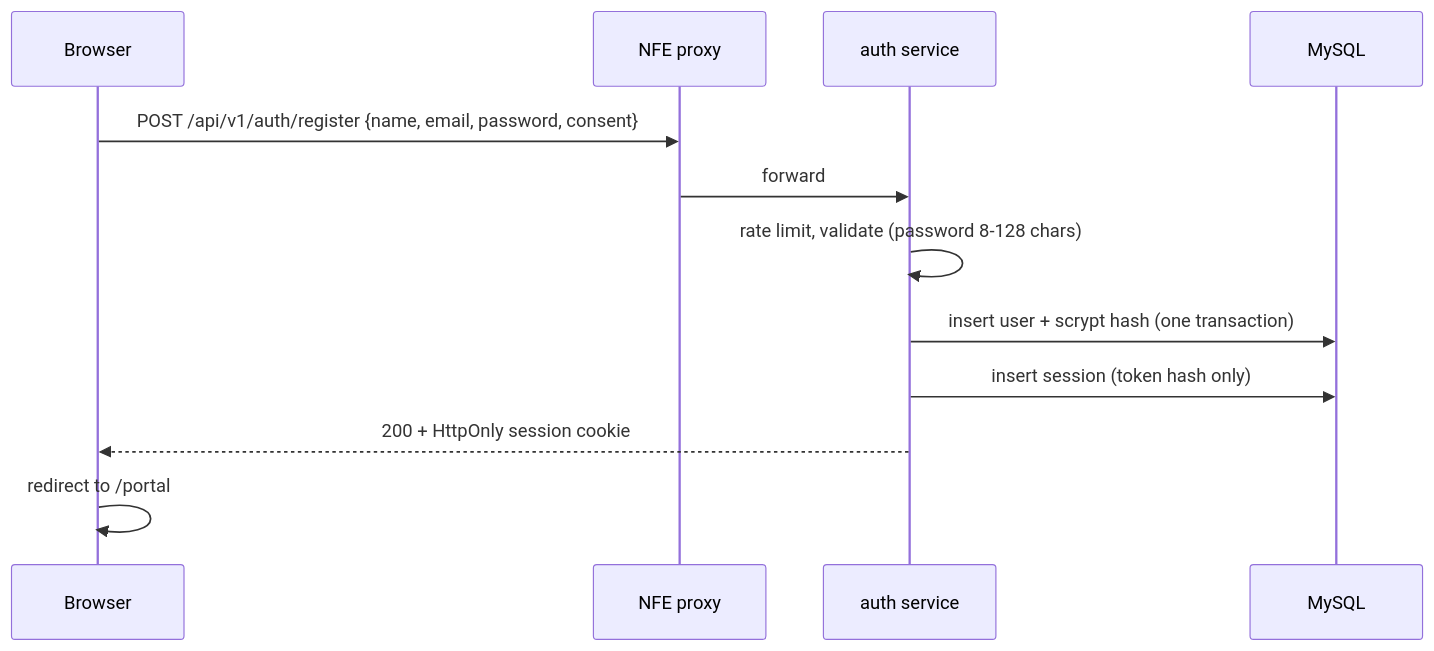
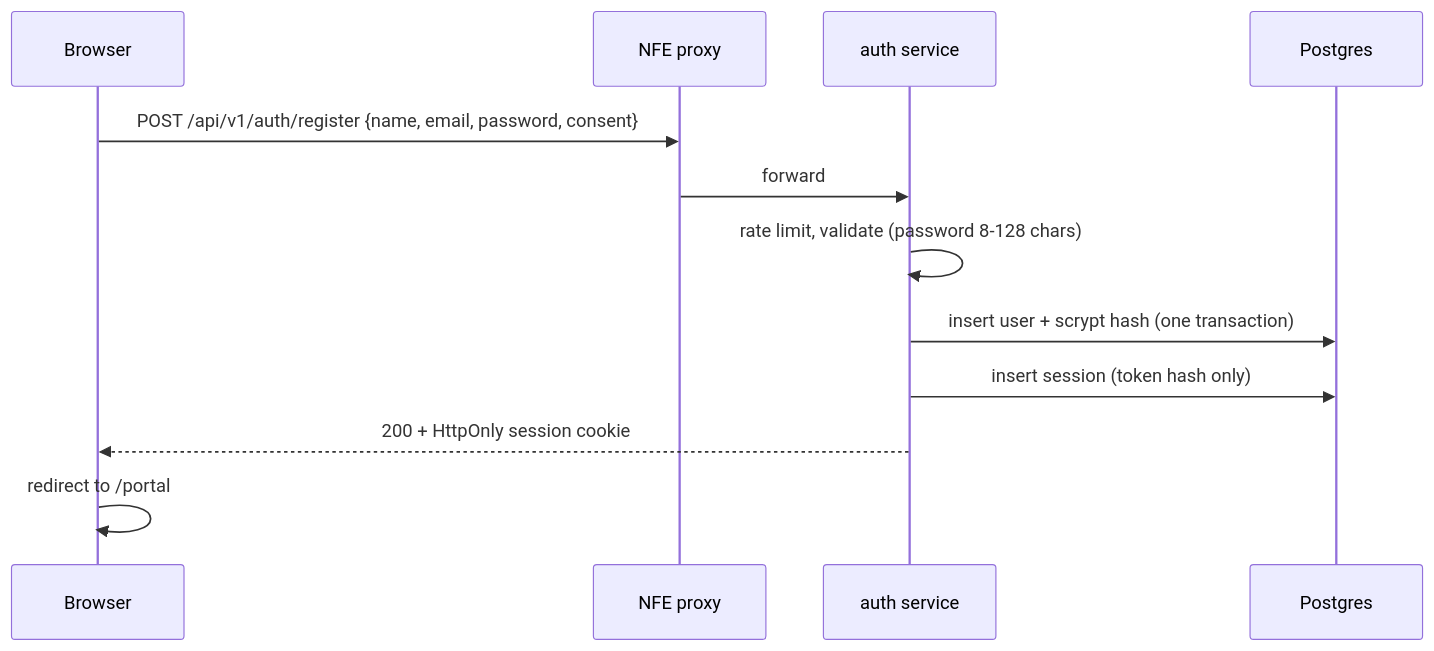
One commit to Neuravic-co/Neuravic changed the fourth of 6 diagrams in docs/01-Architecture.md. Above: the diagram before and after it, drawn with Mermaid. The commit also changed other lines of this file and 54 other files, not shown here.

````diff
--- a/docs/01-Architecture.md
+++ b/docs/01-Architecture.md
@@ -200,14 +200,14 @@
 ```mermaid
 sequenceDiagram
     participant B as Browser
     participant N as NFE proxy
     participant S as auth service
-    participant D as MySQL
+    participant D as Postgres
     B->>N: POST /api/v1/auth/register {name, email, password, consent}
     N->>S: forward
     S->>S: rate limit, validate (password 8-128 chars)
     S->>D: insert user + scrypt hash (one transaction)
     S->>D: insert session (token hash only)
     S-->>B: 200 + HttpOnly session cookie
     B->>B: redirect to /portal
 ```
````
